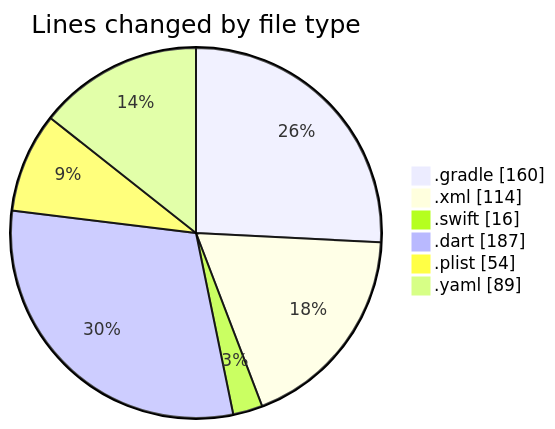
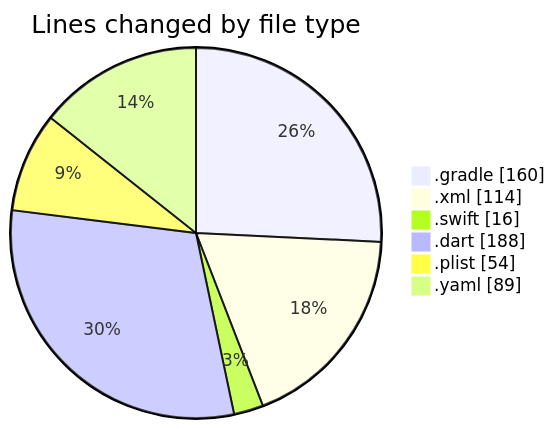
The first of 2 diagrams in 2025-01-01/uber_clone/README.md (donsfak/code-tracking), drawn with Mermaid before and after one commit. The commit also changed other lines of this file and 1 other file, not shown here.

````diff
--- a/2025-01-01/uber_clone/README.md
+++ b/2025-01-01/uber_clone/README.md
@@ -28,10 +28,10 @@
 ```mermaid
 pie showData
 title Lines changed by file type
 ".gradle" : 160
 ".xml" : 114
 ".swift" : 16
-".dart" : 187
+".dart" : 188
 ".plist" : 54
 ".yaml" : 89
 ```
````
